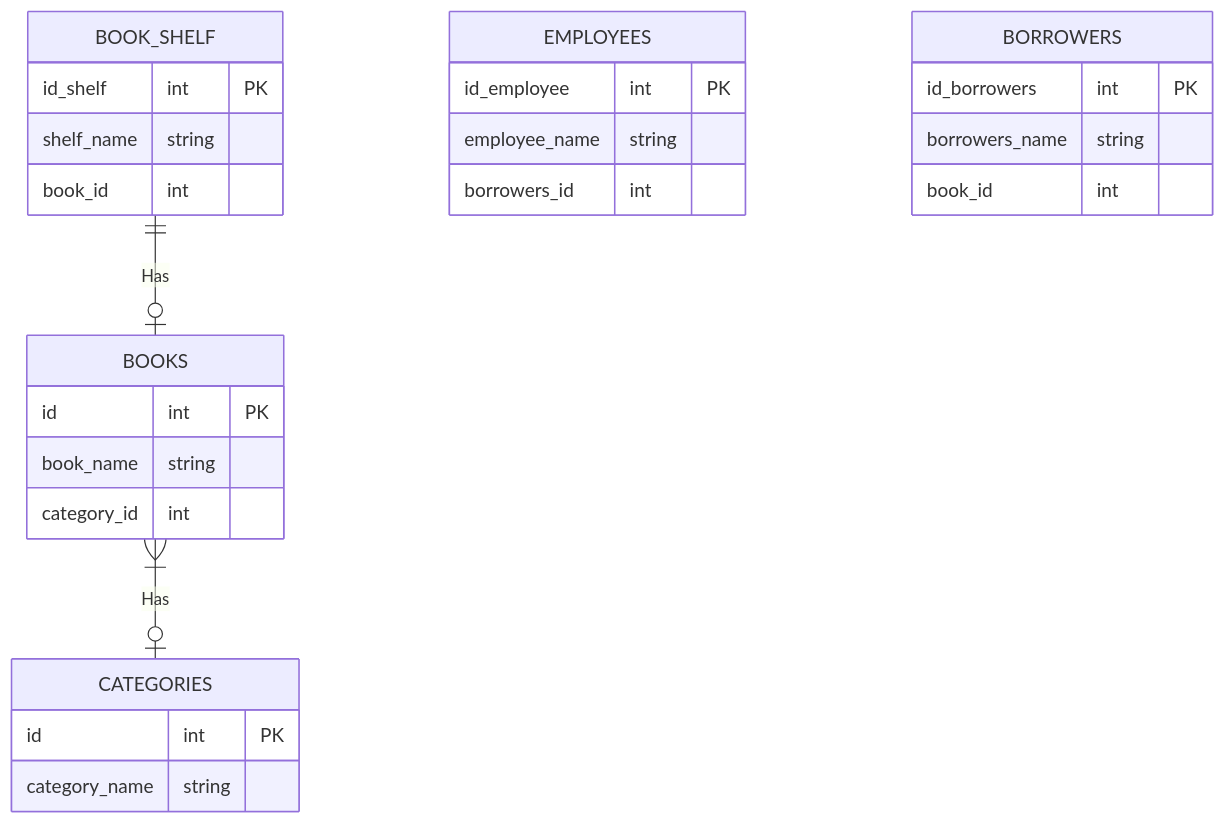
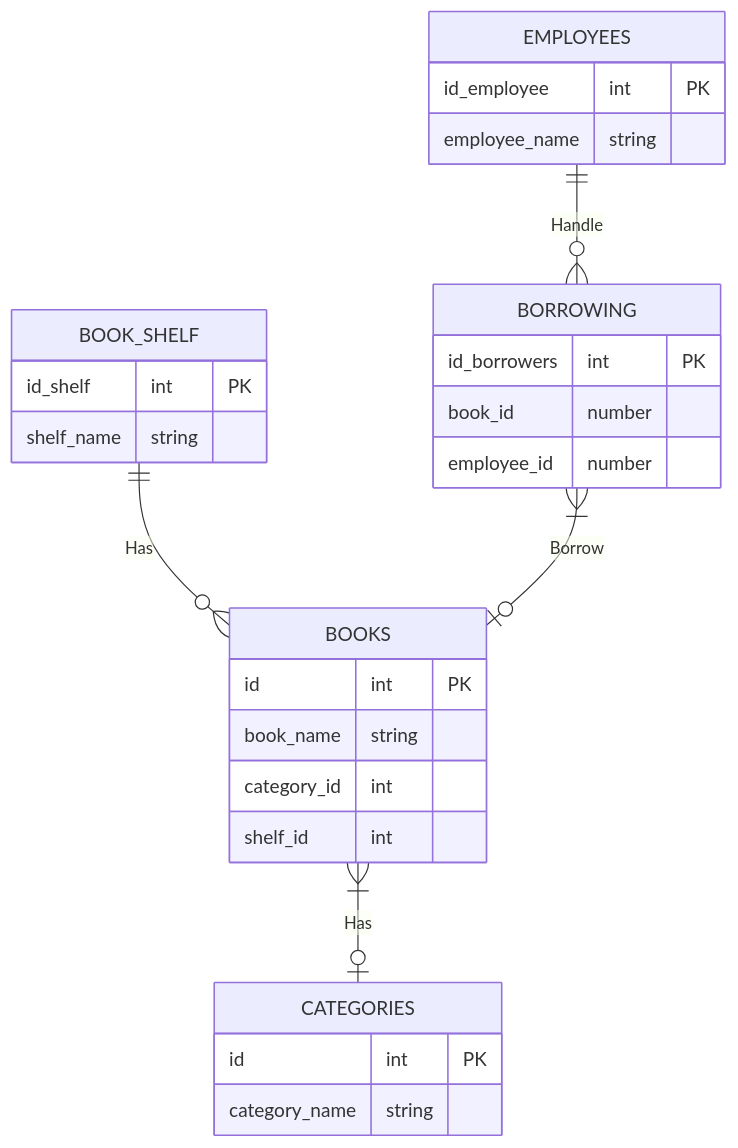
Before and after one commit to ariboss89/koda-b5-db1: the diagram in MINITASK1.md, drawn with Mermaid.

Commit message:
feat: adding diagram of library using mermaid

````diff
--- a/MINITASK1.md
+++ b/MINITASK1.md
@@ -1,35 +1,39 @@
 ```mermaid
 erDiagram
 BOOKS{
   id int PK
   book_name string
   category_id int
+  shelf_id int
 }
 
 CATEGORIES{
   id int PK
   category_name string
 }
 
 BOOKS }| --o| CATEGORIES : Has
 
 BOOK_SHELF{
   id_shelf int PK
   shelf_name string
-  book_id int
 }
 
-BOOK_SHELF || --o| BOOKS : Has
+BOOK_SHELF || --o{ BOOKS : Has
 
 EMPLOYEES{
   id_employee int PK
   employee_name string
-  borrowers_id int
 }
 
-BORROWERS{
+EMPLOYEES || --o{ BORROWING : Handle
+
+BORROWING{
   id_borrowers int PK
-  borrowers_name string
-  book_id int
+  book_id number
+  employee_id number
 }
+
+BORROWING }| --o| BOOKS : Borrow
+
 ```
````
